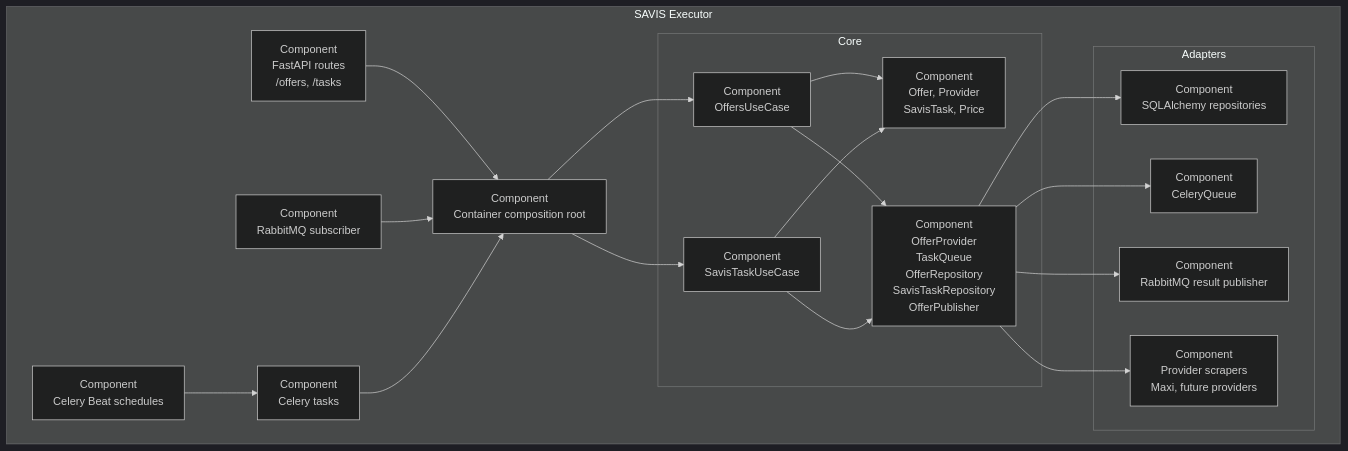
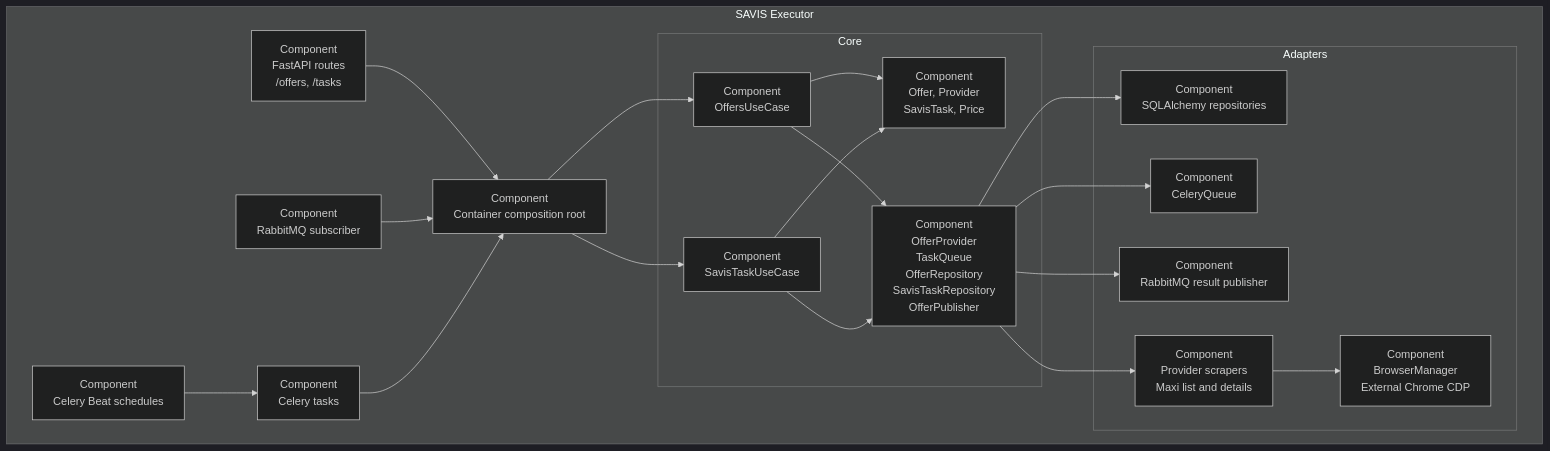
Before and after one commit to wiljeanlouis/savis: the fourth of 14 diagrams in docs/ARCHITECTURE.md, drawn with Mermaid (dark theme). The commit also changed other lines of this file and 17 other files, not shown here.

First line of the commit message:
Refactor SAVIS executor to use external Chrome for scraping

````diff
--- a/docs/ARCHITECTURE.md
+++ b/docs/ARCHITECTURE.md
@@ -177,42 +185,44 @@
 ```mermaid
 flowchart TB
   subgraph Executor[SAVIS Executor]
     ApiRoutes["Component<br/>FastAPI routes<br/>/offers, /tasks"]
     Subscriber["Component<br/>RabbitMQ subscriber"]
     CeleryTasks["Component<br/>Celery tasks"]
     BeatScheduler["Component<br/>Celery Beat schedules"]
     Container["Component<br/>Container composition root"]
 
     subgraph Core[Core]
       Models["Component<br/>Offer, Provider<br/>SavisTask, Price"]
       OffersUseCase["Component<br/>OffersUseCase"]
       TaskUseCase["Component<br/>SavisTaskUseCase"]
       Ports["Component<br/>OfferProvider<br/>TaskQueue<br/>OfferRepository<br/>SavisTaskRepository<br/>OfferPublisher"]
     end
 
     subgraph Adapters[Adapters]
       Database["Component<br/>SQLAlchemy repositories"]
       Queue["Component<br/>CeleryQueue"]
       Publisher["Component<br/>RabbitMQ result publisher"]
-      Scrapers["Component<br/>Provider scrapers<br/>Maxi, future providers"]
+      Browser["Component<br/>BrowserManager<br/>External Chrome CDP"]
+      Scrapers["Component<br/>Provider scrapers<br/>Maxi list and details"]
     end
   end
 
   ApiRoutes --> Container
   Subscriber --> Container
   CeleryTasks --> Container
   BeatScheduler --> CeleryTasks
 
   Container --> OffersUseCase
   Container --> TaskUseCase
 
   OffersUseCase --> Models
   OffersUseCase --> Ports
   TaskUseCase --> Models
   TaskUseCase --> Ports
 
   Ports --> Database
   Ports --> Queue
   Ports --> Publisher
   Ports --> Scrapers
+  Scrapers --> Browser
 ```
````
